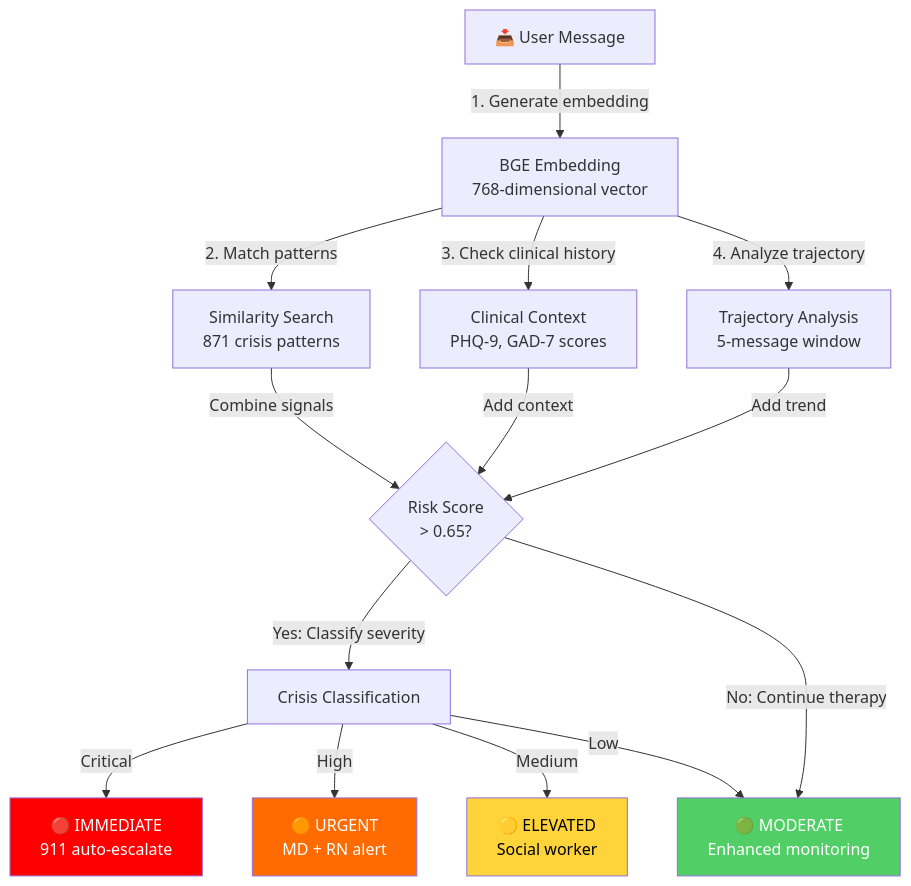
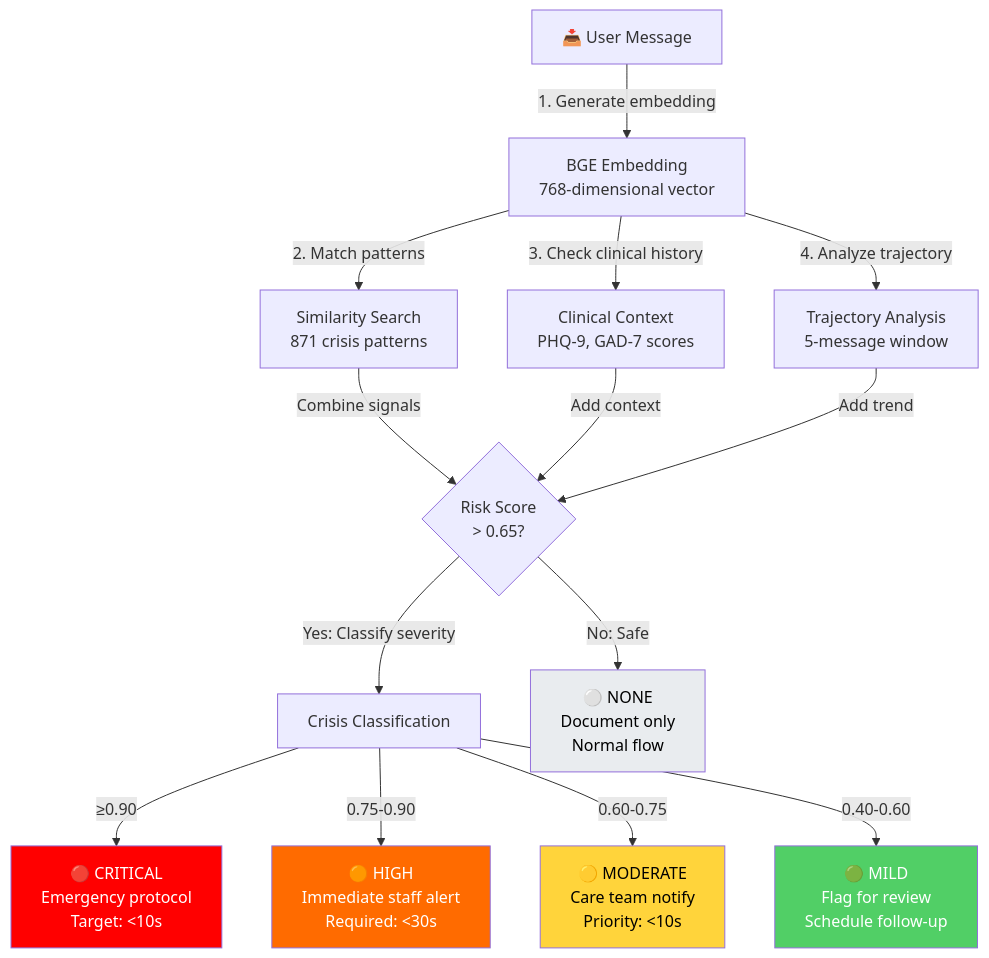
The second of 11 diagrams in docs/TECHNICAL_PORTFOLIO.md (asq-sheriff/SHOWCASE_REPO-Therapeutic_AI_Companion), drawn with Mermaid before and after one commit. The commit also changed other lines of this file and 1 other file, not shown here.

````diff
--- a/docs/TECHNICAL_PORTFOLIO.md
+++ b/docs/TECHNICAL_PORTFOLIO.md
@@ -106,38 +106,40 @@
 ```mermaid
 flowchart TD
     A["📥 User Message"]
 
     B["BGE Embedding<br/>768-dimensional vector"]
 
     C["Similarity Search<br/>871 crisis patterns"]
     D["Clinical Context<br/>PHQ-9, GAD-7 scores"]
     E["Trajectory Analysis<br/>5-message window"]
 
     F{"Risk Score<br/>> 0.65?"}
 
     G["Crisis Classification"]
 
-    H1["🔴 IMMEDIATE<br/>911 auto-escalate"]
-    H2["🟠 URGENT<br/>MD + RN alert"]
-    H3["🟡 ELEVATED<br/>Social worker"]
-    H4["🟢 MODERATE<br/>Enhanced monitoring"]
+    H1["🔴 CRITICAL<br/>Emergency protocol<br/>Target: <10s"]
+    H2["🟠 HIGH<br/>Immediate staff alert<br/>Required: <30s"]
+    H3["🟡 MODERATE<br/>Care team notify<br/>Priority: <10s"]
+    H4["🟢 MILD<br/>Flag for review<br/>Schedule follow-up"]
+    H5["⚪ NONE<br/>Document only<br/>Normal flow"]
 
     A -->|"1. Generate embedding"| B
     B -->|"2. Match patterns"| C
     B -->|"3. Check clinical history"| D
     B -->|"4. Analyze trajectory"| E
     C -->|"Combine signals"| F
     D -->|"Add context"| F
     E -->|"Add trend"| F
     F -->|"Yes: Classify severity"| G
-    F -->|"No: Continue therapy"| H4
-    G -->|"Critical"| H1
-    G -->|"High"| H2
-    G -->|"Medium"| H3
-    G -->|"Low"| H4
+    F -->|"No: Safe"| H5
+    G -->|"≥0.90"| H1
+    G -->|"0.75-0.90"| H2
+    G -->|"0.60-0.75"| H3
+    G -->|"0.40-0.60"| H4
 
     style H1 fill:#ff0000,color:#fff
     style H2 fill:#ff6b00,color:#fff
     style H3 fill:#ffd43b,color:#000
     style H4 fill:#51cf66,color:#fff
+    style H5 fill:#e9ecef,color:#000
 ```
````
